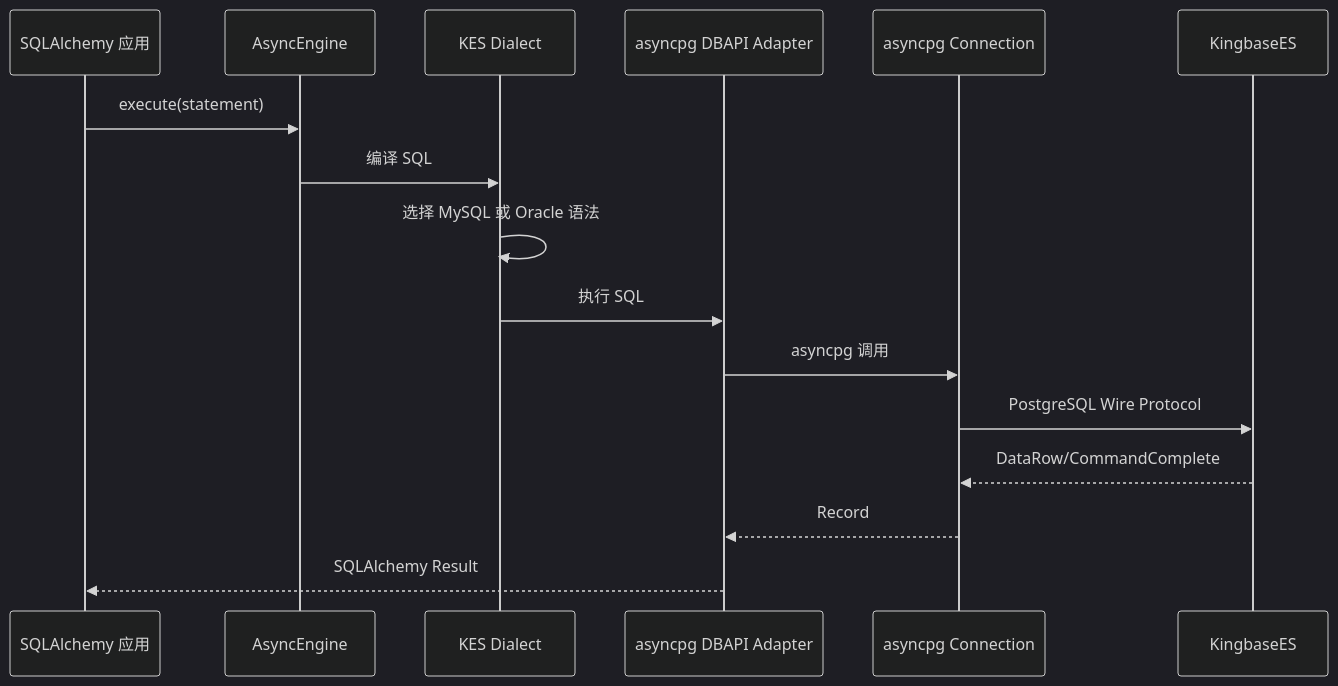
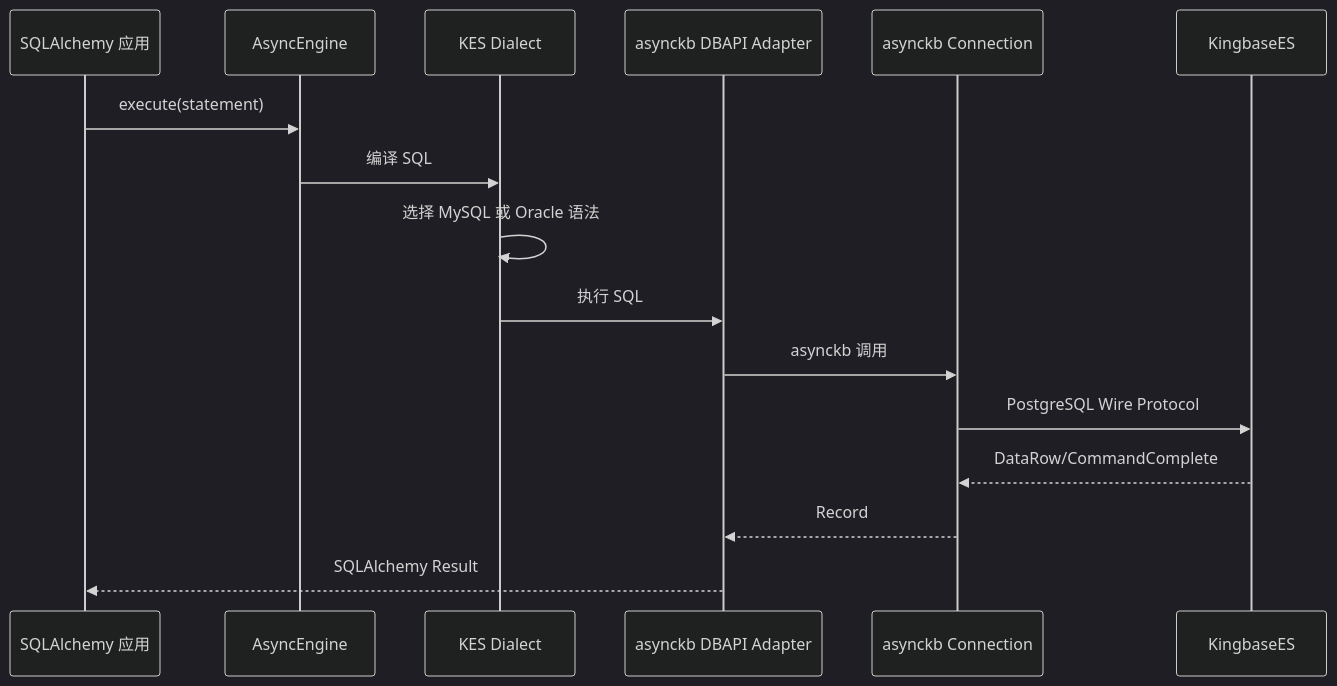
The fifth of 5 diagrams in docs/asyncpg-KES三模式适配架构总结.md (198lma/asynckb), drawn with Mermaid (dark theme) before and after one commit. The commit also changed other lines of this file and 333 other files, not shown here.

````diff
--- a/docs/asyncpg-KES三模式适配架构总结.md
+++ b/docs/asyncpg-KES三模式适配架构总结.md
@@ -478,19 +478,19 @@
 ```mermaid
 sequenceDiagram
     participant App as SQLAlchemy 应用
     participant Engine as AsyncEngine
     participant Dialect as KES Dialect
-    participant DBAPI as asyncpg DBAPI Adapter
-    participant Conn as asyncpg Connection
+    participant DBAPI as asynckb DBAPI Adapter
+    participant Conn as asynckb Connection
     participant KES as KingbaseES
 
     App->>Engine: execute(statement)
     Engine->>Dialect: 编译 SQL
     Dialect->>Dialect: 选择 MySQL 或 Oracle 语法
     Dialect->>DBAPI: 执行 SQL
-    DBAPI->>Conn: asyncpg 调用
+    DBAPI->>Conn: asynckb 调用
     Conn->>KES: PostgreSQL Wire Protocol
     KES-->>Conn: DataRow/CommandComplete
     Conn-->>DBAPI: Record
     DBAPI-->>App: SQLAlchemy Result
 ```
````
